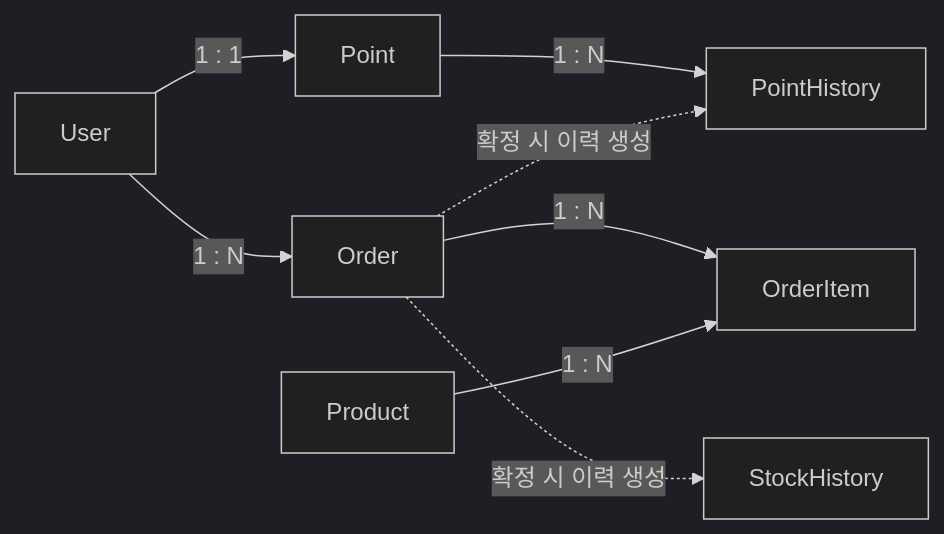
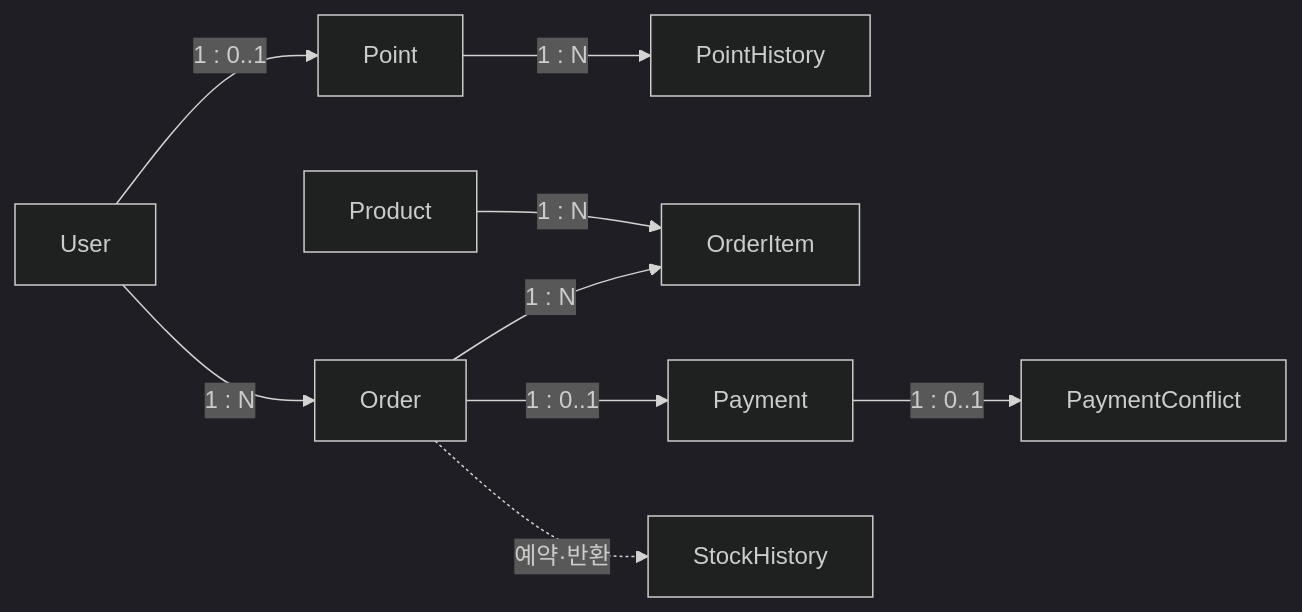
Before and after one commit to Jomeun/loop-pack-be-l2-vol5-java: the second of 3 diagrams in docs/system-design/sections/03-domain-model.md, drawn with Mermaid (dark theme). The commit also changed other lines of this file and 9 other files, not shown here.

````diff
--- a/docs/system-design/sections/03-domain-model.md
+++ b/docs/system-design/sections/03-domain-model.md
@@ -43,18 +46,11 @@
 ```mermaid
 flowchart LR
-    User[User]
-    Order[Order]
-    OrderItem[OrderItem]
-    Product[Product]
-    Point[Point]
-    PointHistory[PointHistory]
-    StockHistory[StockHistory]
-
-    User -->|1 : 1| Point
-    Point -->|1 : N| PointHistory
-    User -->|1 : N| Order
-    Order -->|1 : N| OrderItem
-    Product -->|1 : N| OrderItem
-    Order -.->|확정 시 이력 생성| StockHistory
-    Order -.->|확정 시 이력 생성| PointHistory
+    User[User] -->|1 : N| Order[Order]
+    User -->|1 : 0..1| Point[Point]
+    Point -->|1 : N| PointHistory[PointHistory]
+    Order -->|1 : N| OrderItem[OrderItem]
+    Order -->|1 : 0..1| Payment[Payment]
+    Payment -->|1 : 0..1| PaymentConflict[PaymentConflict]
+    Product[Product] -->|1 : N| OrderItem
+    Order -.->|예약·반환| StockHistory[StockHistory]
 ```
````
